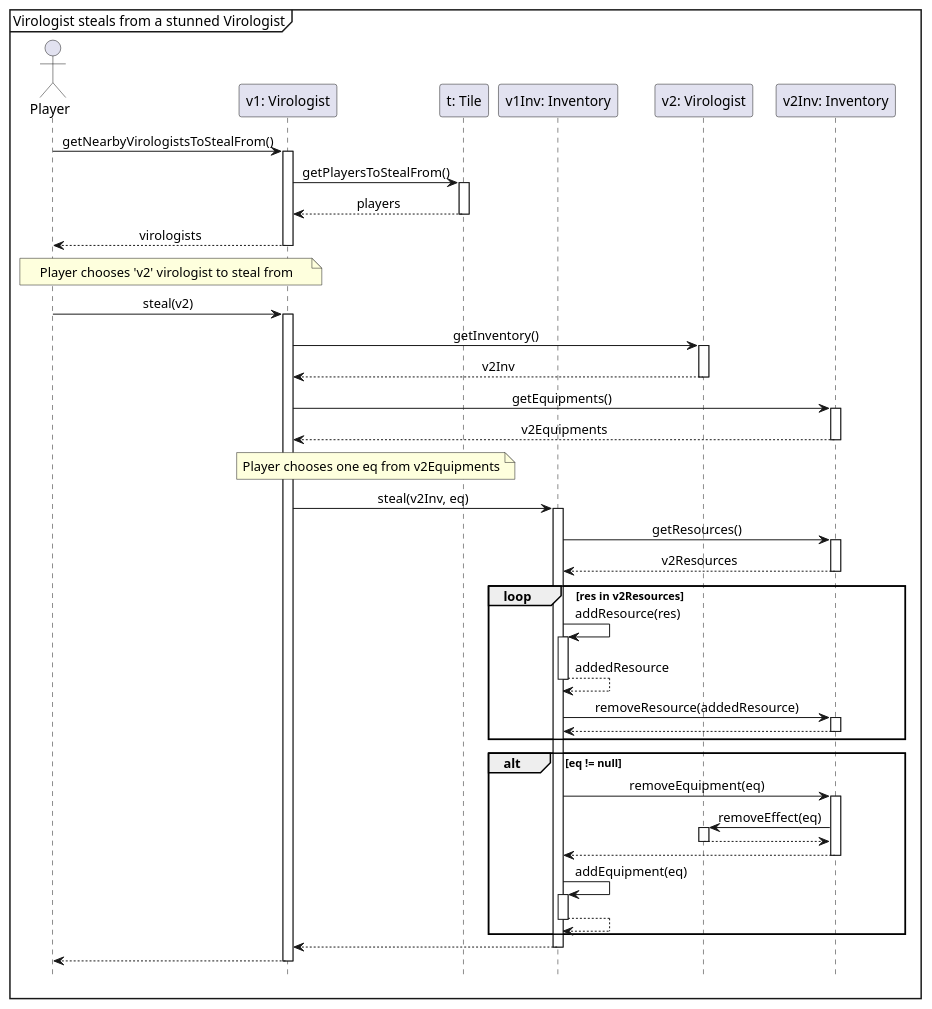
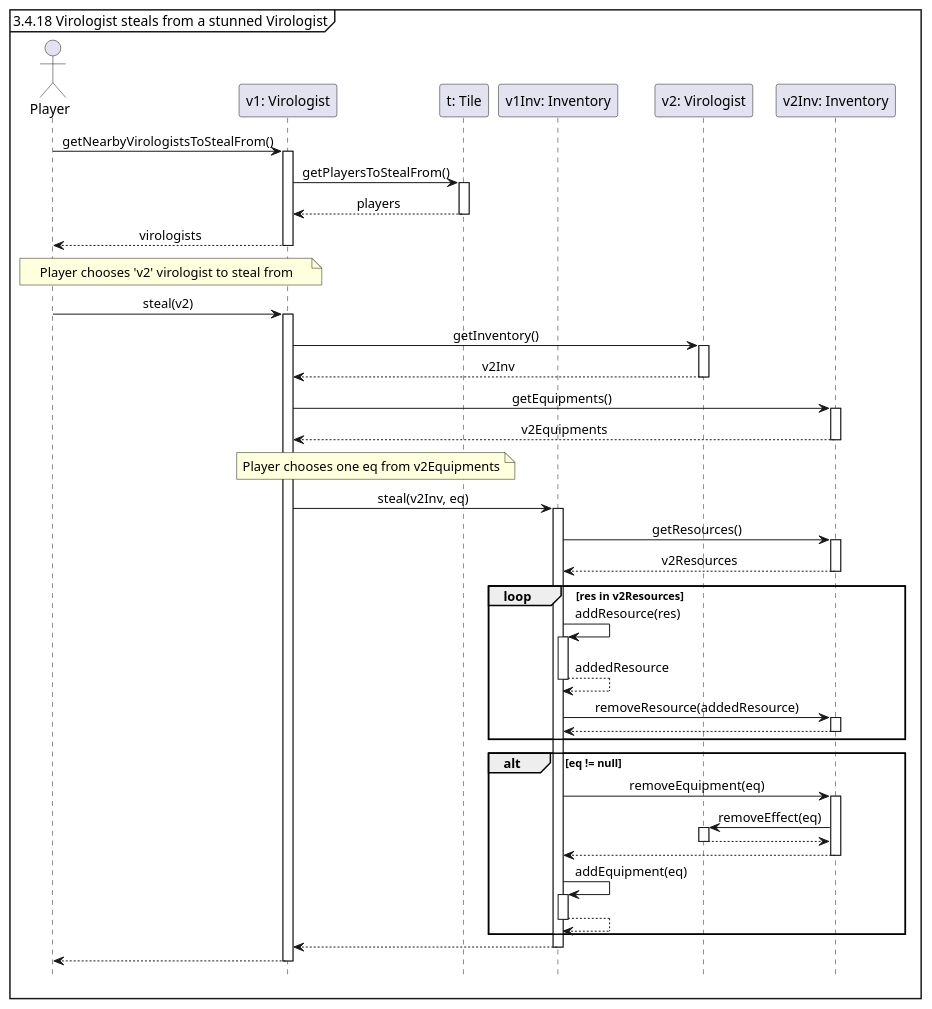
The diagram in docs/seqDiagrams/13stealFromPlayer.puml (Tschonti/503-service-unavailable), drawn with PlantUML before and after one commit. The commit also changed 5 other files, not shown here.

```diff
--- a/docs/seqDiagrams/13stealFromPlayer.puml
+++ b/docs/seqDiagrams/13stealFromPlayer.puml
@@ -1,52 +1,52 @@
 @startuml
 'https://plantuml.com/sequence-diagram
 
 hide footbox
 skinparam sequenceMessageAlign center
 
-mainframe Virologist steals from a stunned Virologist
+mainframe 3.4.18 Virologist steals from a stunned Virologist
 
 actor Player as p
 participant "v1: Virologist" as v1
 participant "t: Tile" as t
 participant "v1Inv: Inventory" as v1Inv
 participant "v2: Virologist" as v2
 participant "v2Inv: Inventory" as v2Inv
 
 p -> v1 ++ : getNearbyVirologistsToStealFrom()
     v1-> t ++ : getPlayersToStealFrom()
     return players
 return virologists
 
 note over p, v1 : Player chooses 'v2' virologist to steal from
 
 p -> v1 ++ : steal(v2)
     v1 -> v2 ++ : getInventory()
     return v2Inv
 
     v1 -> v2Inv ++ : getEquipments()
     return v2Equipments
     note over v1, t: Player chooses one eq from v2Equipments
 
     v1 -> v1Inv ++ : steal(v2Inv, eq)
         v1Inv -> v2Inv ++ : getResources()
         return v2Resources
 
         loop res in v2Resources
             v1Inv -> v1Inv ++ : addResource(res)
             return addedResource
             v1Inv -> v2Inv ++ : removeResource(addedResource)
             return
         end
         alt eq != null
             v1Inv -> v2Inv ++ : removeEquipment(eq)
                 v2Inv -> v2 ++ : removeEffect(eq)
                 return
             return
             v1Inv -> v1Inv ++ : addEquipment(eq)
             return
         end
     return
 return
 
 @enduml
```
